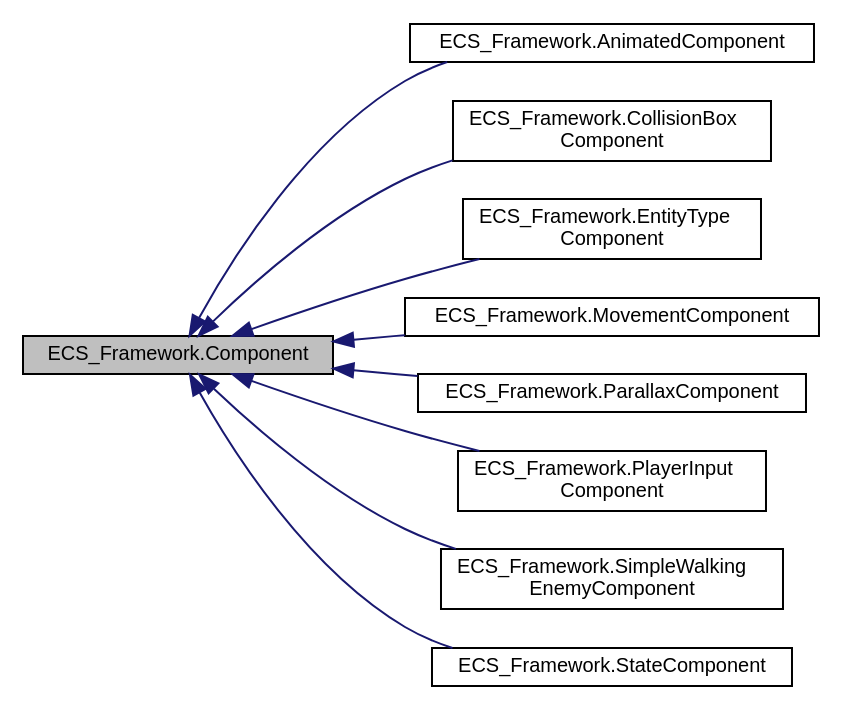
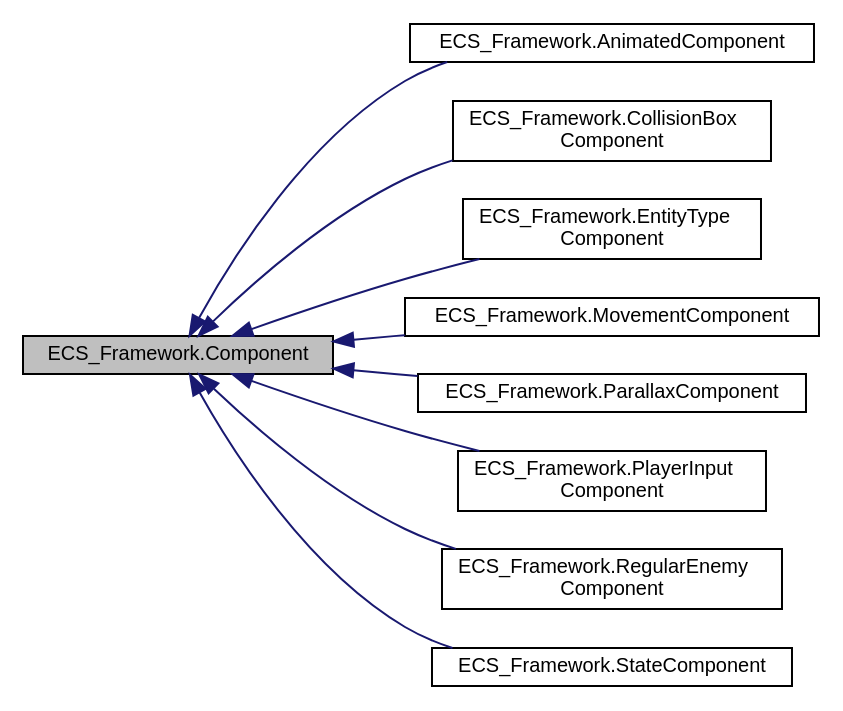
Before and after one commit to DreamyStranger/MonoGame-Platformer: the diagram in docs/classECS__Framework_1_1Component__inherit__graph.dot, drawn with Graphviz. The commit also changed 168 other files, not shown here.

```diff
--- a/docs/classECS__Framework_1_1Component__inherit__graph.dot
+++ b/docs/classECS__Framework_1_1Component__inherit__graph.dot
@@ -1,24 +1,24 @@
 digraph "ECS_Framework.Component"
 {
  // LATEX_PDF_SIZE
   edge [fontname="Helvetica",fontsize="10",labelfontname="Helvetica",labelfontsize="10"];
   node [fontname="Helvetica",fontsize="10",shape=record];
   rankdir="LR";
   Node1 [label="ECS_Framework.Component",height=0.2,width=0.4,color="black", fillcolor="grey75", style="filled", fontcolor="black",tooltip="The base class for all components."];
   Node1 -> Node2 [dir="back",color="midnightblue",fontsize="10",style="solid",fontname="Helvetica"];
   Node2 [label="ECS_Framework.AnimatedComponent",height=0.2,width=0.4,color="black", fillcolor="white", style="filled",URL="$classECS__Framework_1_1AnimatedComponent.html",tooltip="Component responsible for managing entity animations."];
   Node1 -> Node3 [dir="back",color="midnightblue",fontsize="10",style="solid",fontname="Helvetica"];
   Node3 [label="ECS_Framework.CollisionBox\lComponent",height=0.2,width=0.4,color="black", fillcolor="white", style="filled",URL="$classECS__Framework_1_1CollisionBoxComponent.html",tooltip="Component that contains data and methods related to collision box of an entity in the game."];
   Node1 -> Node4 [dir="back",color="midnightblue",fontsize="10",style="solid",fontname="Helvetica"];
   Node4 [label="ECS_Framework.EntityType\lComponent",height=0.2,width=0.4,color="black", fillcolor="white", style="filled",URL="$classECS__Framework_1_1EntityTypeComponent.html",tooltip="Component that holds an entity type identifier for classification and management purposes."];
   Node1 -> Node5 [dir="back",color="midnightblue",fontsize="10",style="solid",fontname="Helvetica"];
   Node5 [label="ECS_Framework.MovementComponent",height=0.2,width=0.4,color="black", fillcolor="white", style="filled",URL="$classECS__Framework_1_1MovementComponent.html",tooltip="Component that contains data related to the motion of an entity in the game."];
   Node1 -> Node6 [dir="back",color="midnightblue",fontsize="10",style="solid",fontname="Helvetica"];
   Node6 [label="ECS_Framework.ParallaxComponent",height=0.2,width=0.4,color="black", fillcolor="white", style="filled",URL="$classECS__Framework_1_1ParallaxComponent.html",tooltip="Component that contains data and methods neccessary for a parallax effect for a 2D sprite."];
   Node1 -> Node7 [dir="back",color="midnightblue",fontsize="10",style="solid",fontname="Helvetica"];
   Node7 [label="ECS_Framework.PlayerInput\lComponent",height=0.2,width=0.4,color="black", fillcolor="white", style="filled",URL="$classECS__Framework_1_1PlayerInputComponent.html",tooltip="Component representing the input state of the player entity."];
   Node1 -> Node8 [dir="back",color="midnightblue",fontsize="10",style="solid",fontname="Helvetica"];
-  Node8 [label="ECS_Framework.SimpleWalking\lEnemyComponent",height=0.2,width=0.4,color="black", fillcolor="white", style="filled",URL="$classECS__Framework_1_1SimpleWalkingEnemyComponent.html",tooltip="Component representing the movement state of a simple walking enemy entity."];
+  Node8 [label="ECS_Framework.RegularEnemy\lComponent",height=0.2,width=0.4,color="black", fillcolor="white", style="filled",URL="$classECS__Framework_1_1RegularEnemyComponent.html",tooltip="Component representing the movement state of a simple walking enemy entity."];
   Node1 -> Node9 [dir="back",color="midnightblue",fontsize="10",style="solid",fontname="Helvetica"];
   Node9 [label="ECS_Framework.StateComponent",height=0.2,width=0.4,color="black", fillcolor="white", style="filled",URL="$classECS__Framework_1_1StateComponent.html",tooltip="Component that stores the current state and super state of an object, as well as its state ID,..."];
 }
```
